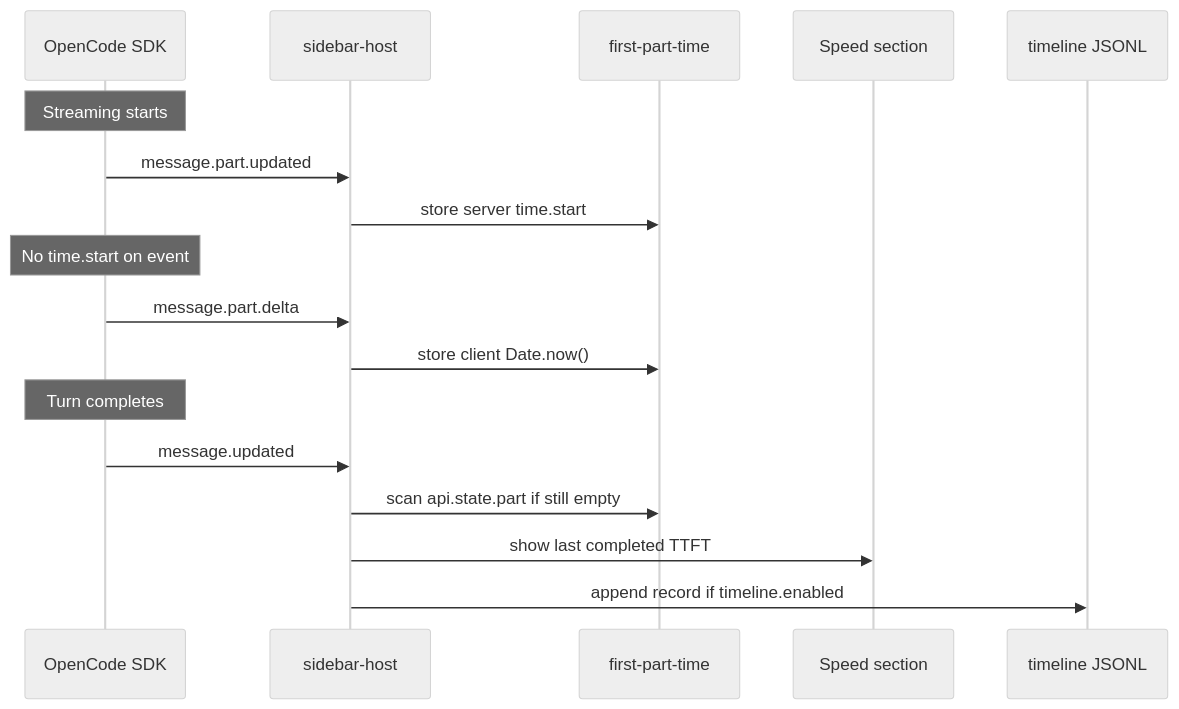
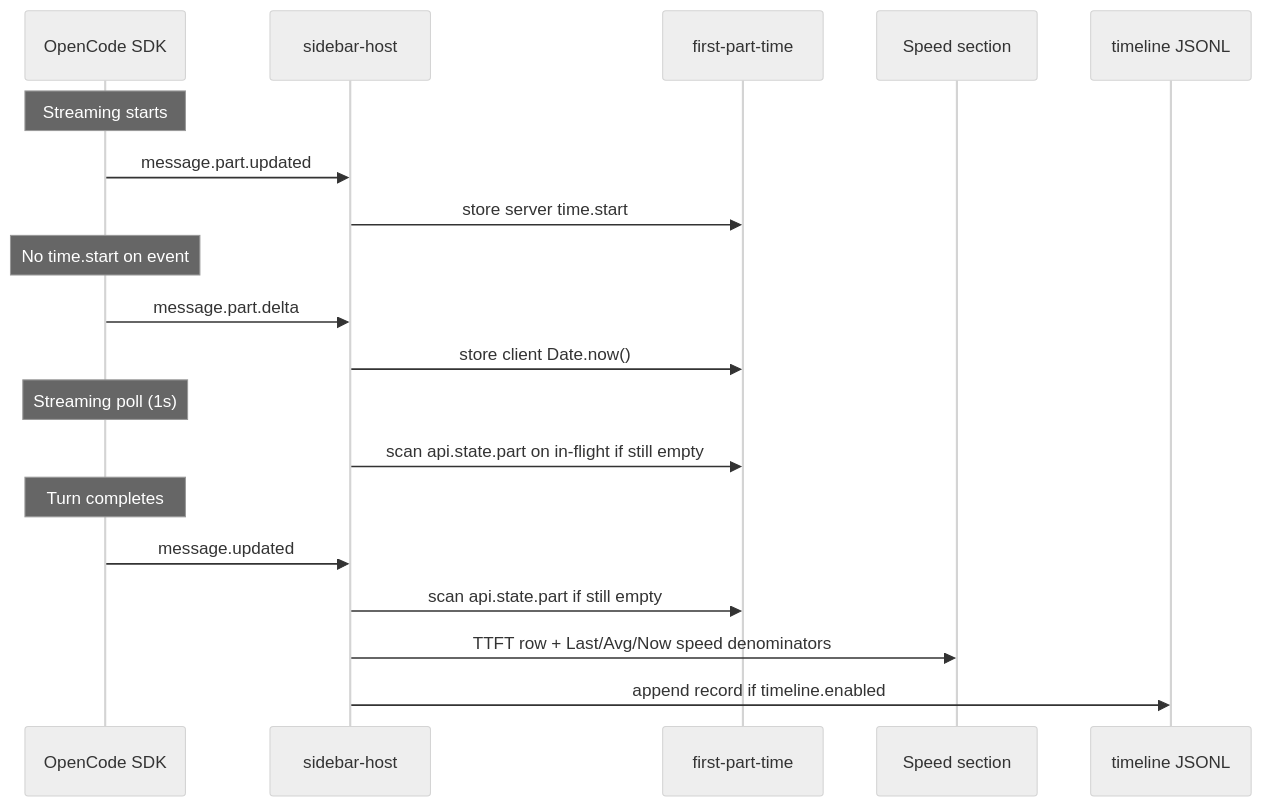
Before and after one commit to joaomj/opencode-cache-hit-plugin: the diagram in docs/en/ttft-hybrid.md, drawn with Mermaid (neutral theme). The commit also changed other lines of this file and 12 other files, not shown here.

First line of the commit message:
fix(speed): exclude TTFT from all speed calculations

````diff
--- a/docs/en/ttft-hybrid.md
+++ b/docs/en/ttft-hybrid.md
@@ -60,22 +60,25 @@
 ```mermaid
 sequenceDiagram
     participant SDK as OpenCode SDK
     participant Host as sidebar-host
     participant Tracker as first-part-time
     participant UI as Speed section
     participant Timeline as timeline JSONL
 
     Note over SDK: Streaming starts
     SDK->>Host: message.part.updated
     Host->>Tracker: store server time.start
 
     Note over SDK: No time.start on event
     SDK->>Host: message.part.delta
     Host->>Tracker: store client Date.now()
 
+    Note over SDK: Streaming poll (1s)
+    Host->>Tracker: scan api.state.part on in-flight if still empty
+
     Note over SDK: Turn completes
     SDK->>Host: message.updated
     Host->>Tracker: scan api.state.part if still empty
-    Host->>UI: show last completed TTFT
+    Host->>UI: TTFT row + Last/Avg/Now speed denominators
     Host->>Timeline: append record if timeline.enabled
 ```
````
